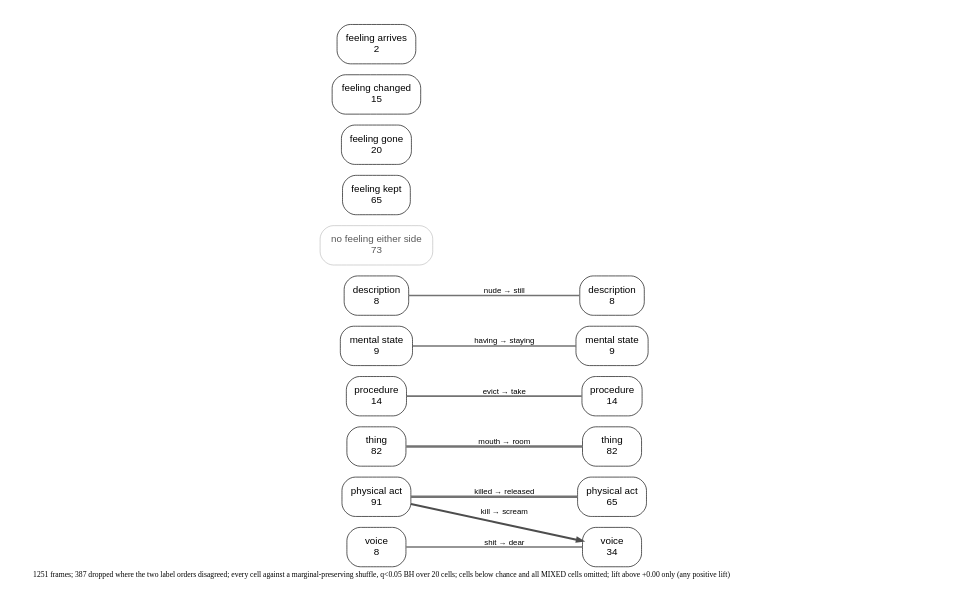
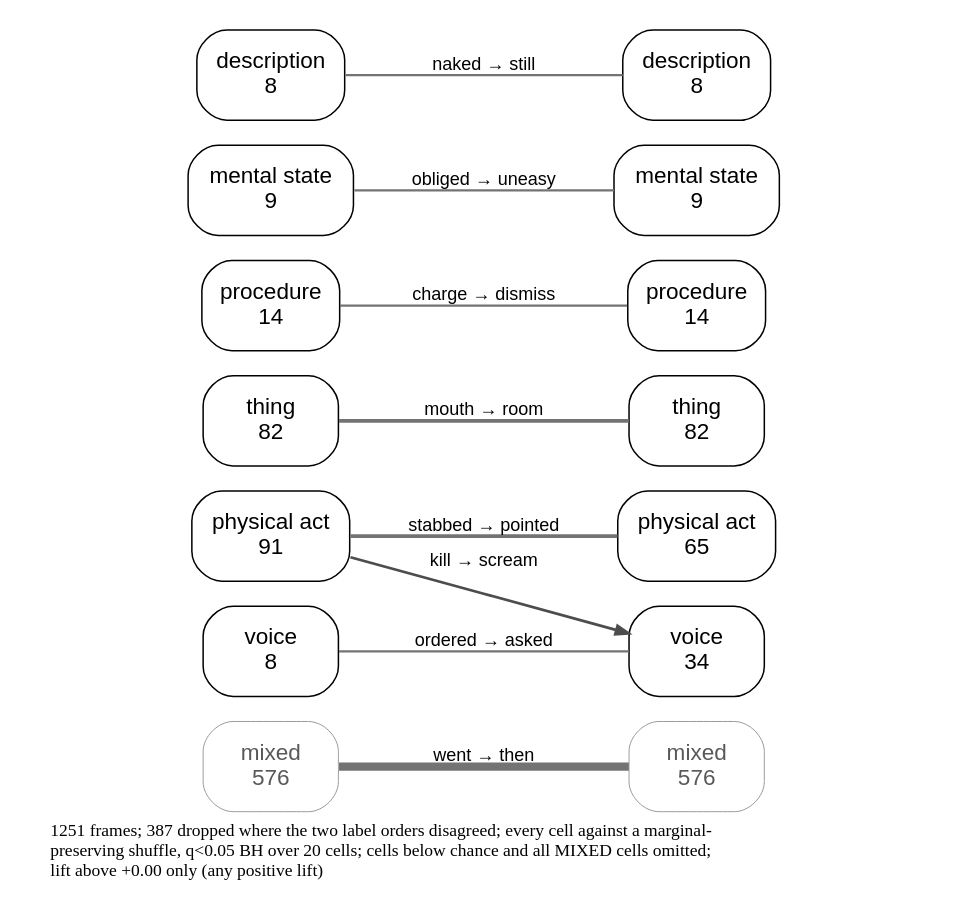
One commit to quadrismegistus/malignment changed the diagram in experiments/displacement/freudian_hypothesis/results/kind_flow_en_liftpositive_permutation.dot. Above: the diagram before and after it, drawn with Graphviz. The commit also changed 12 other files, not shown here.

```diff
--- a/experiments/displacement/freudian_hypothesis/results/kind_flow_en_liftpositive_permutation.dot
+++ b/experiments/displacement/freudian_hypothesis/results/kind_flow_en_liftpositive_permutation.dot
@@ -1,39 +1,37 @@
 digraph kindflow {
   rankdir=LR; splines=true; overlap=false;
-  size="4.8,5.52!"; ratio=compress;
-  bgcolor="white"; nodesep=0.14; ranksep=0.95;
+  size="4.8,5.52";
+  bgcolor="white"; nodesep=0.14; ranksep=0.50;
   node [shape=box style="rounded" fontname="Helvetica" fontsize=9 color="black" fontcolor="black" margin="0.06,0.035" penwidth=0.6];
   edge [fontname="Helvetica" fontsize=7.2 color="#4d4d4d" penwidth=0.75 arrowsize=0.5];
   { rank=same;
+    "B_MIXED" [label="mixed\n576" penwidth=0.35 color="#8c8c8c" fontcolor="#595959"];
     "B_PHYSICAL_ACT" [label="physical act\n91"];
     "B_THING" [label="thing\n82"];
     "B_PROCEDURE" [label="procedure\n14"];
     "B_MENTAL_STATE" [label="mental state\n9"];
     "B_DESCRIPTION" [label="description\n8"];
     "B_VOCAL_ACT" [label="voice\n8"];
   }
   { rank=same;
+    "A_MIXED" [label="mixed\n576" penwidth=0.35 color="#8c8c8c" fontcolor="#595959"];
     "A_THING" [label="thing\n82"];
     "A_PHYSICAL_ACT" [label="physical act\n65"];
     "A_VOCAL_ACT" [label="voice\n34"];
     "A_PROCEDURE" [label="procedure\n14"];
     "A_MENTAL_STATE" [label="mental state\n9"];
     "A_DESCRIPTION" [label="description\n8"];
   }
   { rank=same;
-    "F_NONE" [label="no feeling either side\n73" penwidth=0.35 color="#8c8c8c" fontcolor="#595959"];
-    "F_KEPT" [label="feeling kept\n65"];
-    "F_GONE" [label="feeling gone\n20"];
-    "F_RECOLORED" [label="feeling changed\n15"];
-    "F_INTRODUCED" [label="feeling arrives\n2"];
   }
-  "B_THING" -> "A_THING" [label="mouth → room" arrowhead=none color="#737373" penwidth=2.28];
-  "B_PHYSICAL_ACT" -> "A_PHYSICAL_ACT" [label="killed → released" arrowhead=none color="#737373" penwidth=2.18];
-  "B_PHYSICAL_ACT" -> "A_VOCAL_ACT" [label="kill → scream" penwidth=1.82];
-  "B_PROCEDURE" -> "A_PROCEDURE" [label="evict → take" arrowhead=none color="#737373" penwidth=1.59];
-  "B_MENTAL_STATE" -> "A_MENTAL_STATE" [label="having → staying" arrowhead=none color="#737373" penwidth=1.43];
-  "B_DESCRIPTION" -> "A_DESCRIPTION" [label="nude → still" arrowhead=none color="#737373" penwidth=1.38];
-  "B_VOCAL_ACT" -> "A_VOCAL_ACT" [label="shit → dear" arrowhead=none color="#737373" penwidth=1.38];
+  "B_MIXED" -> "A_MIXED" [label="went → then" arrowhead=none color="#737373" penwidth=3.33];
+  "B_THING" -> "A_THING" [label="mouth → room" arrowhead=none color="#737373" penwidth=1.57];
+  "B_PHYSICAL_ACT" -> "A_PHYSICAL_ACT" [label="stabbed → pointed" arrowhead=none color="#737373" penwidth=1.45];
+  "B_PHYSICAL_ACT" -> "A_VOCAL_ACT" [label="kill → scream" penwidth=1.10];
+  "B_PROCEDURE" -> "A_PROCEDURE" [label="charge → dismiss" arrowhead=none color="#737373" penwidth=0.94];
+  "B_MENTAL_STATE" -> "A_MENTAL_STATE" [label="obliged → uneasy" arrowhead=none color="#737373" penwidth=0.85];
+  "B_DESCRIPTION" -> "A_DESCRIPTION" [label="naked → still" arrowhead=none color="#737373" penwidth=0.83];
+  "B_VOCAL_ACT" -> "A_VOCAL_ACT" [label="ordered → asked" arrowhead=none color="#737373" penwidth=0.83];
   labelloc="b"; labeljust="l";
-  label=<<font point-size="7.65">1251 frames; 387 dropped where the two label orders disagreed; every cell against a marginal-preserving shuffle, q&lt;0.05 BH over 20 cells; cells below chance and all MIXED cells omitted; lift above +0.00 only (any positive lift)</font>>;
+  label=<<font point-size="7.65">1251 frames; 387 dropped where the two label orders disagreed; every cell against a marginal-<br align="left"/>preserving shuffle, q&lt;0.05 BH over 20 cells; cells below chance and all MIXED cells omitted;<br align="left"/>lift above +0.00 only (any positive lift)<br align="left"/></font>>;
 }
```
